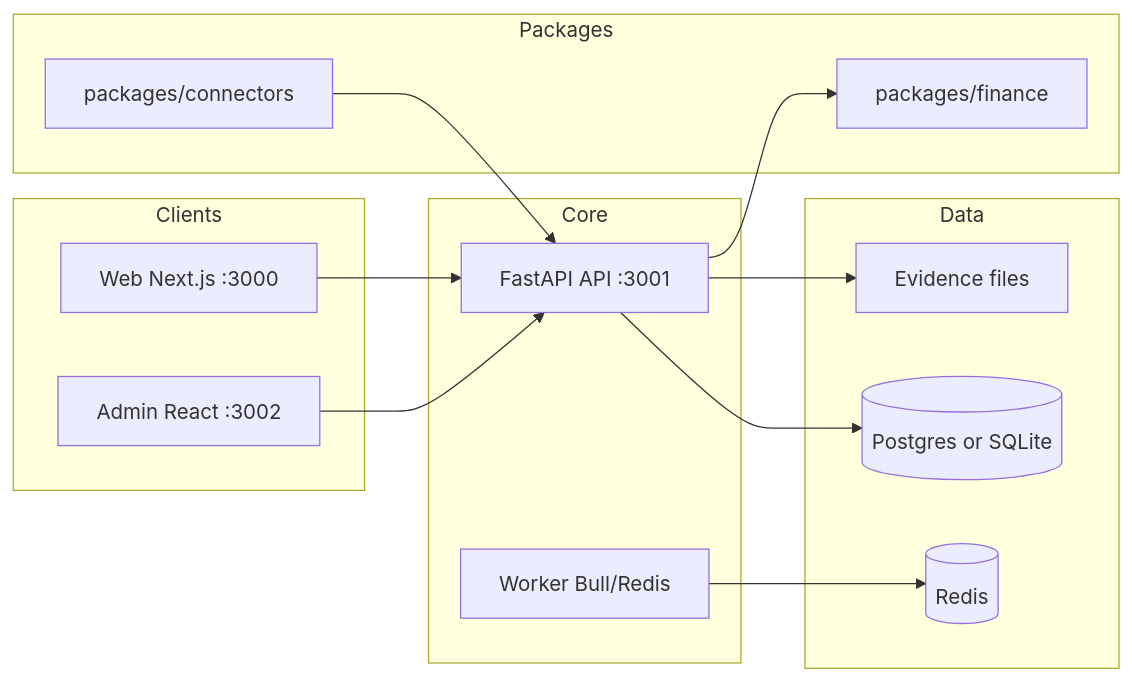
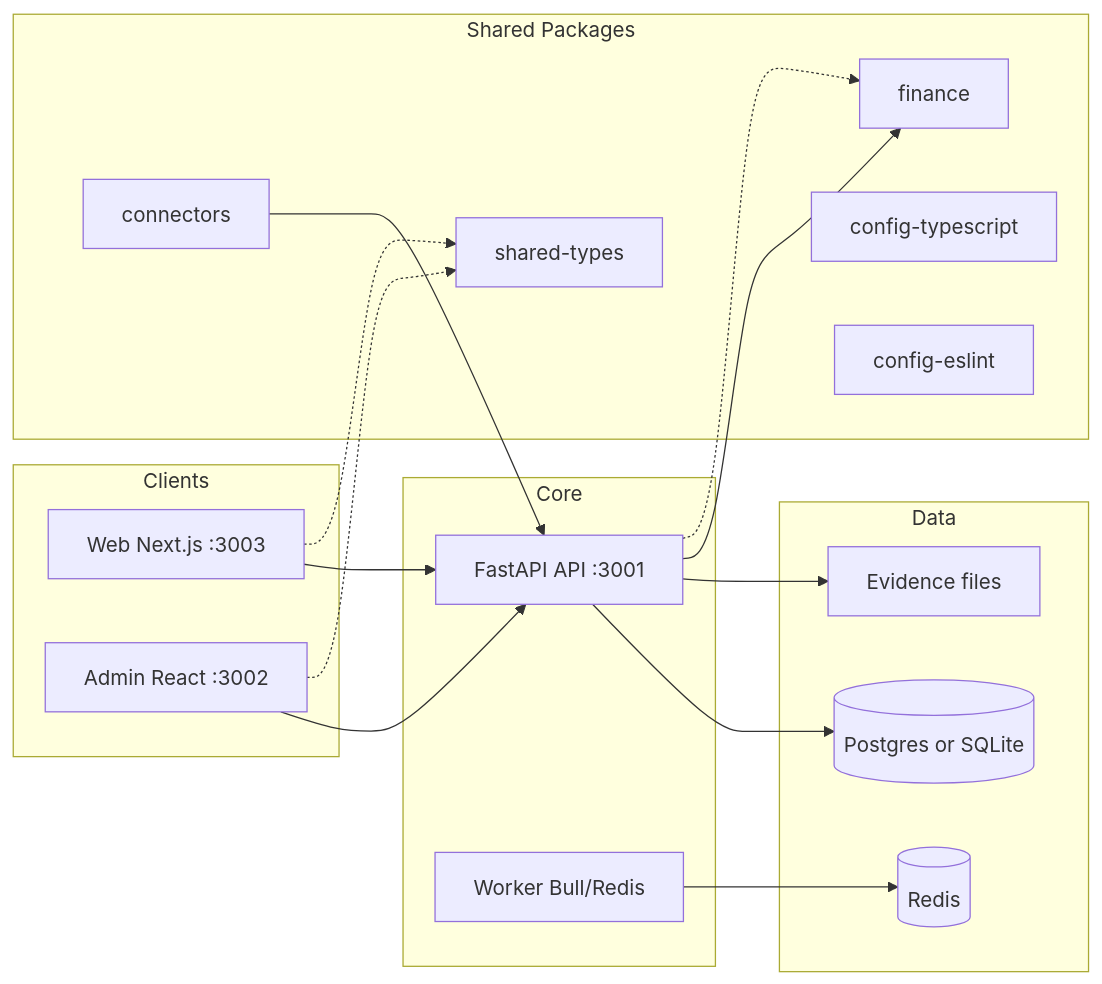
Before and after one commit to 1Touch-dev/Finance-Advanced-Research-Platform: the diagram in README.md, drawn with Mermaid. The commit also changed other lines of this file and 88 other files, not shown here.

````diff
--- a/README.md
+++ b/README.md
@@ -376,27 +377,33 @@
 ```mermaid
 flowchart LR
   subgraph clients [Clients]
-    Web[Web Next.js :3000]
+    Web[Web Next.js :3003]
     Admin[Admin React :3002]
   end
   subgraph core [Core]
     API[FastAPI API :3001]
     Worker[Worker Bull/Redis]
   end
   subgraph data [Data]
     DB[(Postgres or SQLite)]
     Redis[(Redis)]
     Vault[Evidence files]
   end
-  subgraph packages [Packages]
-    Finance[packages/finance]
-    Connectors[packages/connectors]
+  subgraph packages [Shared Packages]
+    Finance[finance]
+    Connectors[connectors]
+    Types[shared-types]
+    ConfigTS[config-typescript]
+    ConfigESLint[config-eslint]
   end
   Web --> API
   Admin --> API
   Worker --> Redis
   API --> DB
   API --> Vault
   API --> Finance
   Connectors --> API
+  Web -.-> Types
+  Admin -.-> Types
+  API -.-> Finance
 ```
````
